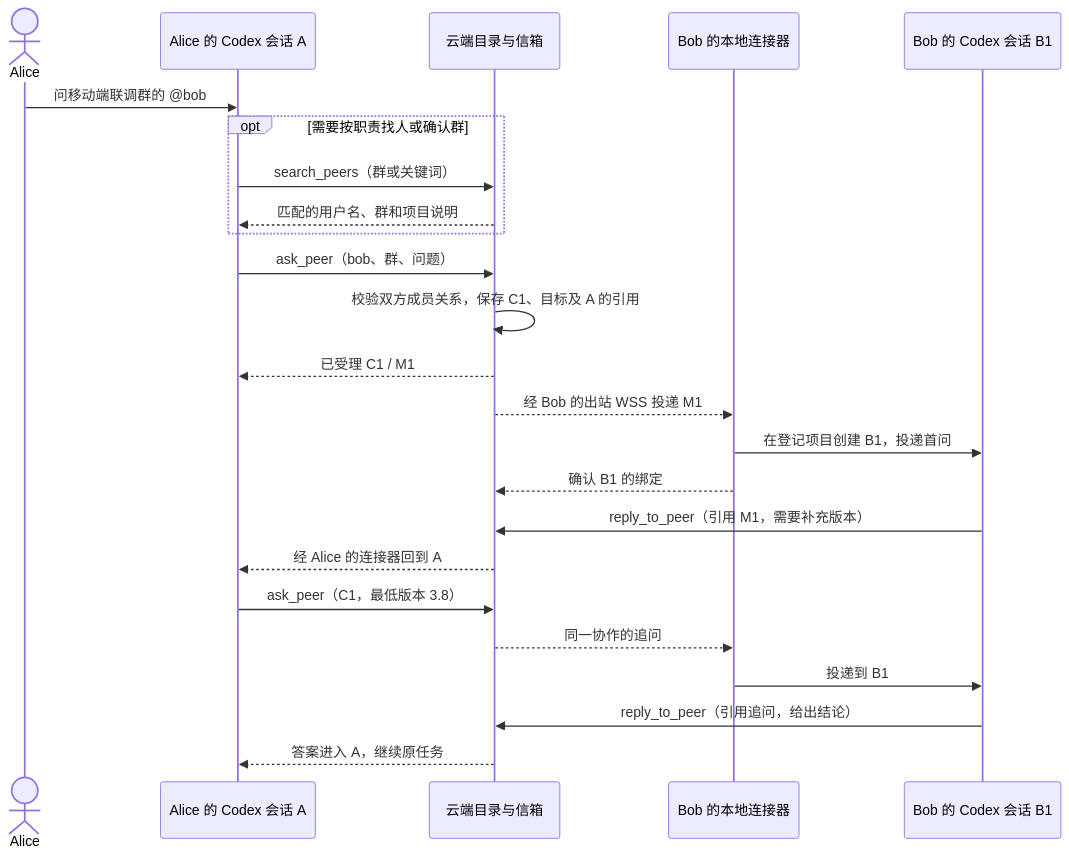
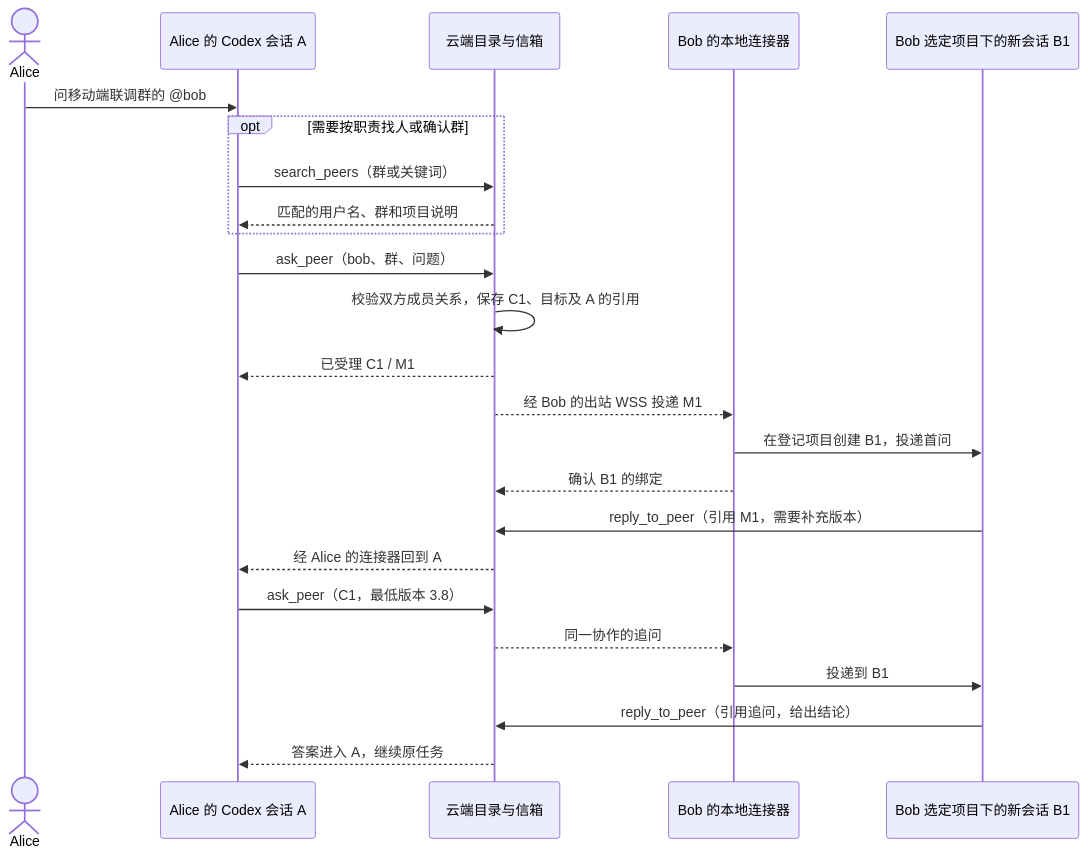
One commit to hdonLiu/agent-relay changed the diagram in docs/group-directory.md. Above: the diagram before and after it, drawn with Mermaid. The commit also changed other lines of this file, not shown here.

````diff
--- a/docs/group-directory.md
+++ b/docs/group-directory.md
@@ -34,26 +44,26 @@
 ```mermaid
 sequenceDiagram
     actor U as Alice
     participant A as Alice 的 Codex 会话 A
     participant C as 云端目录与信箱
     participant D as Bob 的本地连接器
-    participant B as Bob 的 Codex 会话 B1
+    participant B as Bob 选定项目下的新会话 B1
     U->>A: 问移动端联调群的 @bob
     opt 需要按职责找人或确认群
         A->>C: search_peers（群或关键词）
         C-->>A: 匹配的用户名、群和项目说明
     end
     A->>C: ask_peer（bob、群、问题）
     C->>C: 校验双方成员关系，保存 C1、目标及 A 的引用
     C-->>A: 已受理 C1 / M1
     C-->>D: 经 Bob 的出站 WSS 投递 M1
     D->>B: 在登记项目创建 B1，投递首问
     D-->>C: 确认 B1 的绑定
     B->>C: reply_to_peer（引用 M1，需要补充版本）
     C-->>A: 经 Alice 的连接器回到 A
     A->>C: ask_peer（C1，最低版本 3.8）
     C-->>D: 同一协作的追问
     D->>B: 投递到 B1
     B->>C: reply_to_peer（引用追问，给出结论）
     C-->>A: 答案进入 A，继续原任务
 ```
````
